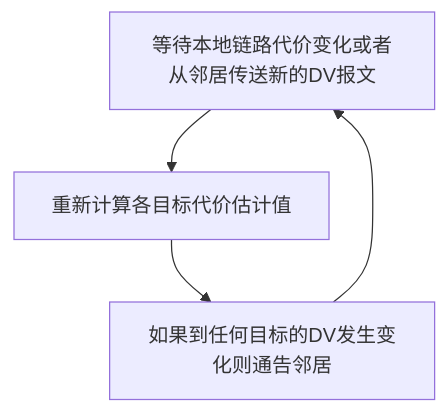
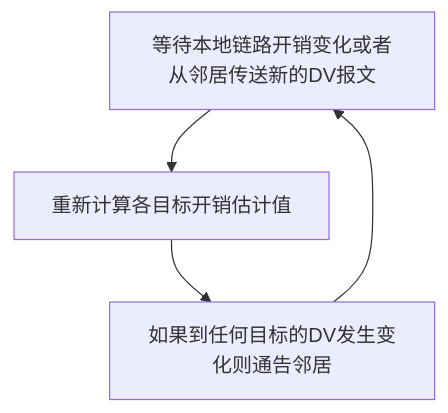
The second of 2 diagrams in 1-Theory/6-Network/Top-to-down/50-Network-layer-control-plane.md (chestNutLsj/my-cs-career), drawn with Mermaid before and after one commit. The commit also changed other lines of this file and 62 other files, not shown here.

````diff
--- a/1-Theory/6-Network/Top-to-down/50-Network-layer-control-plane.md
+++ b/1-Theory/6-Network/Top-to-down/50-Network-layer-control-plane.md
@@ -267,11 +285,11 @@
-                ```mermaid
-                graph TD
+```mermaid
+graph TD
 
-                A[等待本地链路代价变化或者从邻居传送新的DV报文]
-                B[重新计算各目标代价估计值]
-                C[如果到任何目标的DV发生变化则通告邻居]
+A[等待本地链路开销变化或者从邻居传送新的DV报文]
+B[重新计算各目标开销估计值]
+C[如果到任何目标的DV发生变化则通告邻居]
 
-                A-->B
-                B-->C
-                C-->A
-                ```
+A-->B
+B-->C
+C-->A
+```
````
